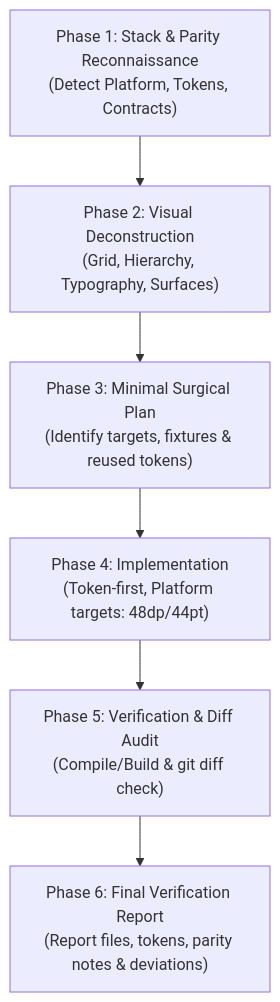
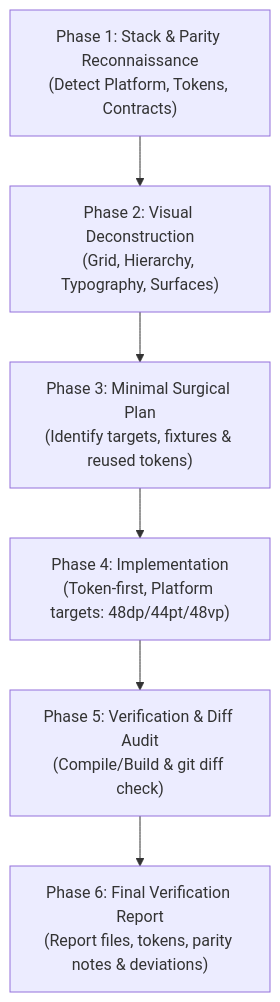
Before and after one commit to tavanhvannala677-beep/skills-screenshot-to-code-tawan: the diagram in README.md, drawn with Mermaid. The commit also changed other lines of this file, not shown here.

````diff
--- a/README.md
+++ b/README.md
@@ -46,8 +57,8 @@
 ```mermaid
 flowchart TD
     A["Phase 1: Stack & Parity Reconnaissance\n(Detect Platform, Tokens, Contracts)"] --> B["Phase 2: Visual Deconstruction\n(Grid, Hierarchy, Typography, Surfaces)"]
     B --> C["Phase 3: Minimal Surgical Plan\n(Identify targets, fixtures & reused tokens)"]
-    C --> D["Phase 4: Implementation\n(Token-first, Platform targets: 48dp/44pt)"]
+    C --> D["Phase 4: Implementation\n(Token-first, Platform targets: 48dp/44pt/48vp)"]
     D --> E["Phase 5: Verification & Diff Audit\n(Compile/Build & git diff check)"]
     E --> F["Phase 6: Final Verification Report\n(Report files, tokens, parity notes & deviations)"]
 ```
````
